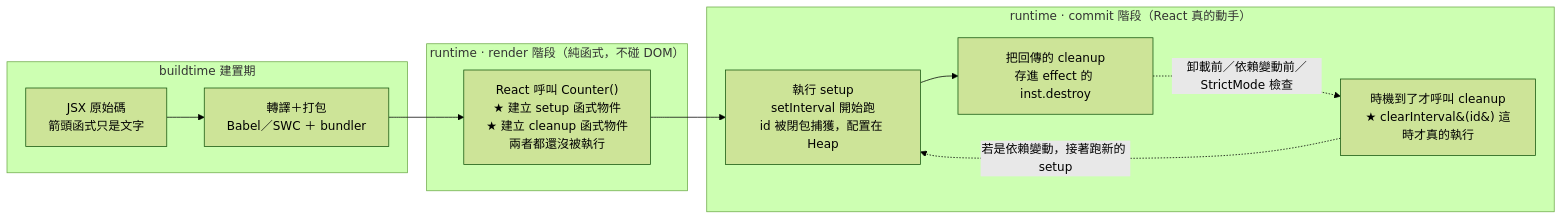
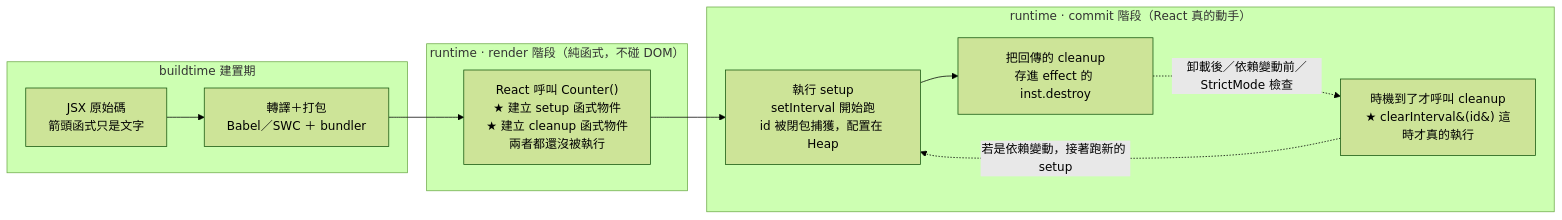
One commit to Abbychickenfillet-github/golang-and-TS-others-md-files changed the diagram in frontend-docs/react/02-useEffect的setup清理函式-return一個函式而不是執行它.md. Above: the diagram before and after it, drawn with Mermaid (forest theme). The commit also changed other lines of this file and 1 other file, not shown here.

````diff
--- a/frontend-docs/react/02-useEffect的setup清理函式-return一個函式而不是執行它.md
+++ b/frontend-docs/react/02-useEffect的setup清理函式-return一個函式而不是執行它.md
@@ -77,17 +77,17 @@
 ```mermaid
 flowchart LR
     subgraph BT["buildtime 建置期"]
         A["JSX 原始碼<br/>箭頭函式只是文字"] --> B["轉譯＋打包<br/>Babel／SWC ＋ bundler"]
     end
     subgraph R1["runtime · render 階段（純函式，不碰 DOM）"]
         C["React 呼叫 Counter()<br/>★ 建立 setup 函式物件<br/>★ 建立 cleanup 函式物件<br/>兩者都還沒被執行"]
     end
     subgraph R2["runtime · commit 階段（React 真的動手）"]
         D["執行 setup<br/>setInterval 開始跑<br/>id 被閉包捕獲，配置在 Heap"]
         E["把回傳的 cleanup<br/>存進 effect 的 inst.destroy"]
         F["時機到了才呼叫 cleanup<br/>★ clearInterval&#40;id&#41; 這時才真的執行"]
     end
     B --> C --> D --> E
-    E -.->|"卸載前／依賴變動前／StrictMode 檢查"| F
+    E -.->|"卸載後／依賴變動前／StrictMode 檢查"| F
     F -.->|"若是依賴變動，接著跑新的 setup"| D
 ```
````
